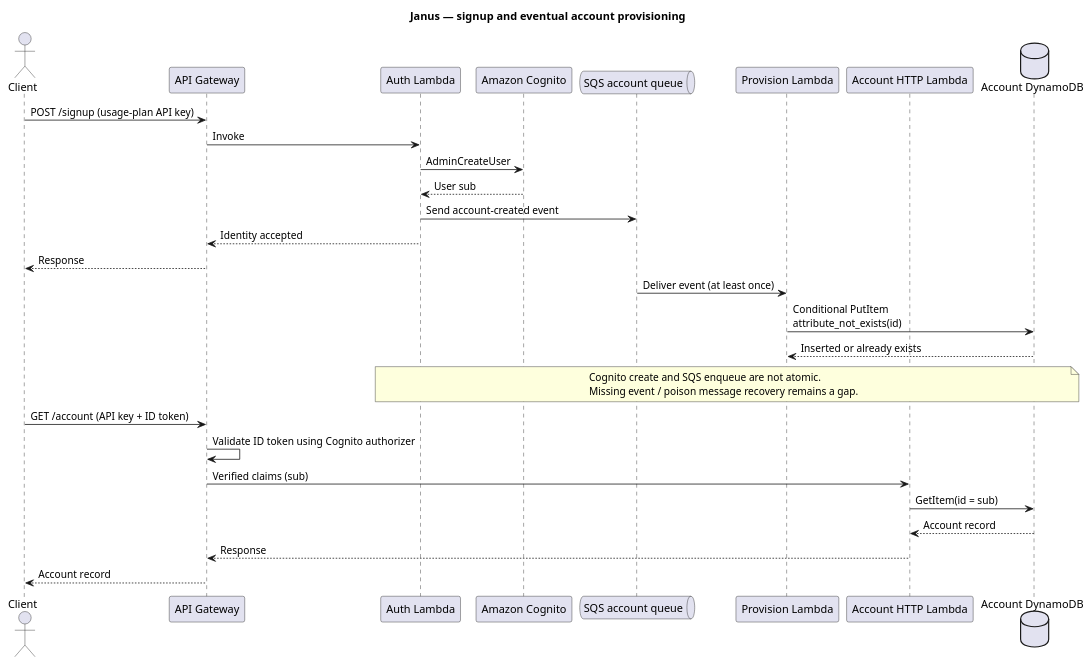
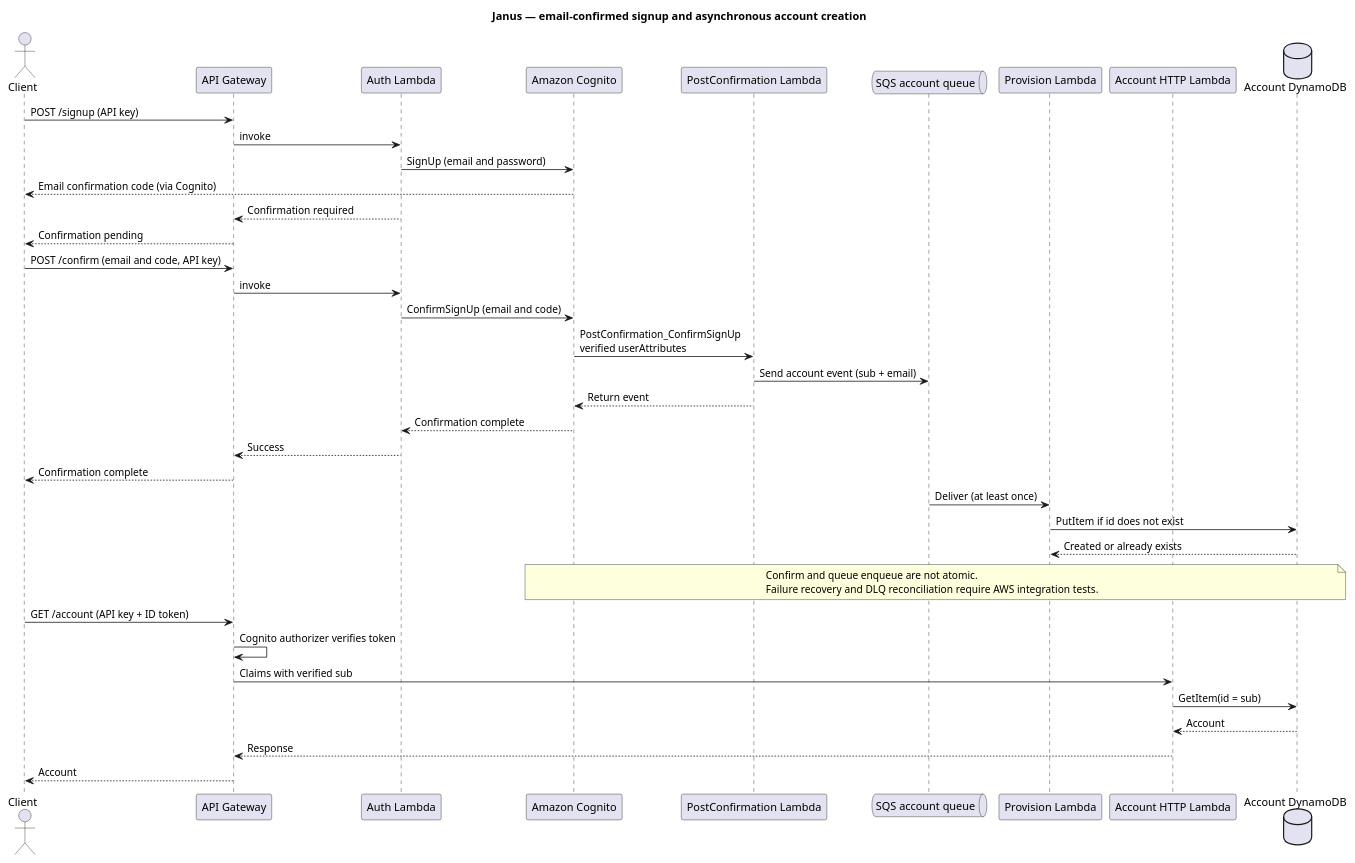
Before and after one commit to ryjen/janus-api: the diagram in docs/signupsequence.plantuml, drawn with PlantUML. The commit also changed 4 other files, not shown here.

Commit message:
docs: reconcile signup diagrams with verified post-confirmation flow

```diff
--- a/docs/signupsequence.plantuml
+++ b/docs/signupsequence.plantuml
@@ -1,32 +1,46 @@
 @startuml
-title Janus — signup and eventual account provisioning
+title Janus — email-confirmed signup and asynchronous account creation
 actor Client
 participant "API Gateway" as Gateway
 participant "Auth Lambda" as Auth
 participant "Amazon Cognito" as Cognito
+participant "PostConfirmation Lambda" as Confirmed
 queue "SQS account queue" as Queue
 participant "Provision Lambda" as Provision
 participant "Account HTTP Lambda" as AccountRead
 database "Account DynamoDB" as DB
-Client -> Gateway: POST /signup (usage-plan API key)
-Gateway -> Auth: Invoke
-Auth -> Cognito: AdminCreateUser
-Cognito --> Auth: User sub
-Auth -> Queue: Send account-created event
-Auth --> Gateway: Identity accepted
-Gateway --> Client: Response
-Queue -> Provision: Deliver event (at least once)
-Provision -> DB: Conditional PutItem\nattribute_not_exists(id)
-DB --> Provision: Inserted or already exists
-note over Auth, DB
-Cognito create and SQS enqueue are not atomic.
-Missing event / poison message recovery remains a gap.
+
+Client -> Gateway: POST /signup (API key)
+Gateway -> Auth: invoke
+Auth -> Cognito: SignUp (email and password)
+Cognito --> Client: Email confirmation code (via Cognito)
+Auth --> Gateway: Confirmation required
+Gateway --> Client: Confirmation pending
+
+Client -> Gateway: POST /confirm (email and code, API key)
+Gateway -> Auth: invoke
+Auth -> Cognito: ConfirmSignUp (email and code)
+Cognito -> Confirmed: PostConfirmation_ConfirmSignUp\nverified userAttributes
+Confirmed -> Queue: Send account event (sub + email)
+Confirmed --> Cognito: Return event
+Cognito --> Auth: Confirmation complete
+Auth --> Gateway: Success
+Gateway --> Client: Confirmation complete
+
+Queue -> Provision: Deliver (at least once)
+Provision -> DB: PutItem if id does not exist
+DB --> Provision: Created or already exists
+
+note over Cognito, DB
+Confirm and queue enqueue are not atomic.
+Failure recovery and DLQ reconciliation require AWS integration tests.
 end note
+
 Client -> Gateway: GET /account (API key + ID token)
-Gateway -> Gateway: Validate ID token using Cognito authorizer
-Gateway -> AccountRead: Verified claims (sub)
+Gateway -> Gateway: Cognito authorizer verifies token
+Gateway -> AccountRead: Claims with verified sub
 AccountRead -> DB: GetItem(id = sub)
-DB --> AccountRead: Account record
+DB --> AccountRead: Account
 AccountRead --> Gateway: Response
-Gateway --> Client: Account record
+Gateway --> Client: Account
 @enduml
```
